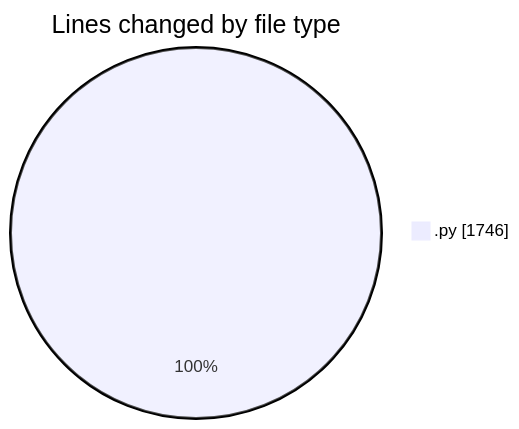
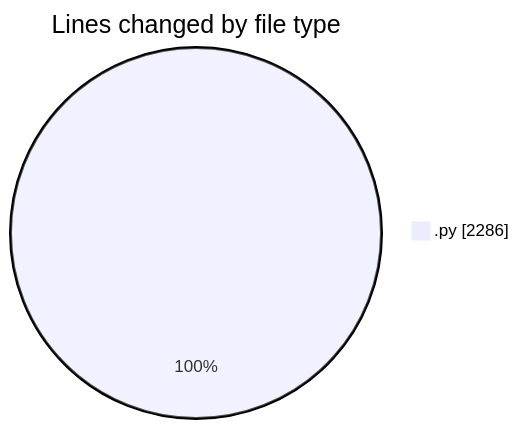
The first of 2 diagrams in 2025-03-08/myws__workspace_/README.md (MatusMokan/code-tracking), drawn with Mermaid before and after one commit. The commit also changed other lines of this file and 1 other file, not shown here.

````diff
--- a/2025-03-08/myws__workspace_/README.md
+++ b/2025-03-08/myws__workspace_/README.md
@@ -21,5 +22,5 @@
 ```mermaid
 pie showData
 title Lines changed by file type
-".py" : 1746
+".py" : 2286
 ```
````
